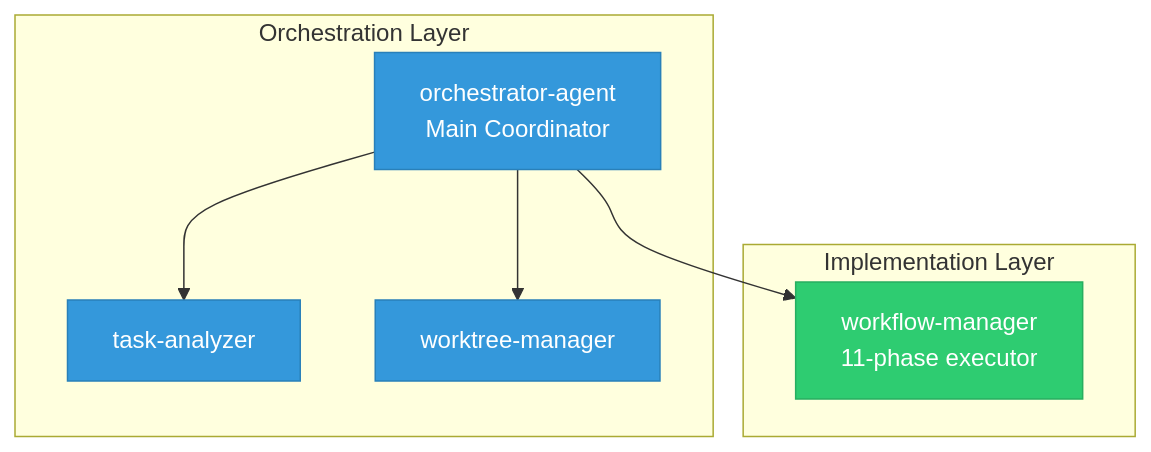
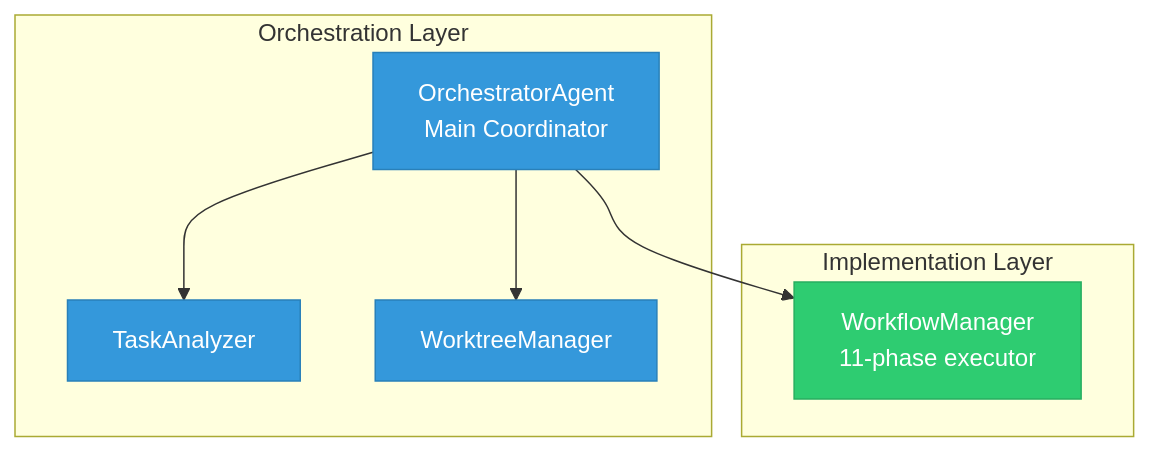
One commit to rysweet/gadugi changed the second of 2 diagrams in prompts/readme-mermaid-diagrams-issue-197.md. Above: the diagram before and after it, drawn with Mermaid. The commit also changed other lines of this file and 424 other files, not shown here.

````diff
--- a/prompts/readme-mermaid-diagrams-issue-197.md
+++ b/prompts/readme-mermaid-diagrams-issue-197.md
@@ -129,20 +129,20 @@
 ```mermaid
 graph TD
     subgraph "Orchestration Layer"
-        O[orchestrator-agent<br/>Main Coordinator]
-        O --> TA[task-analyzer]
-        O --> WM[worktree-manager]
+        O[OrchestratorAgent<br/>Main Coordinator]
+        O --> TA[TaskAnalyzer]
+        O --> WM[WorktreeManager]
     end
 
     subgraph "Implementation Layer"
-        WF[workflow-manager<br/>11-phase executor]
+        WF[WorkflowManager<br/>11-phase executor]
     end
 
     O --> WF
 
     classDef orchestration fill:#3498db,stroke:#2980b9,color:#fff
     classDef implementation fill:#2ecc71,stroke:#27ae60,color:#fff
 
     class O,TA,WM orchestration
     class WF implementation
 ```
````
